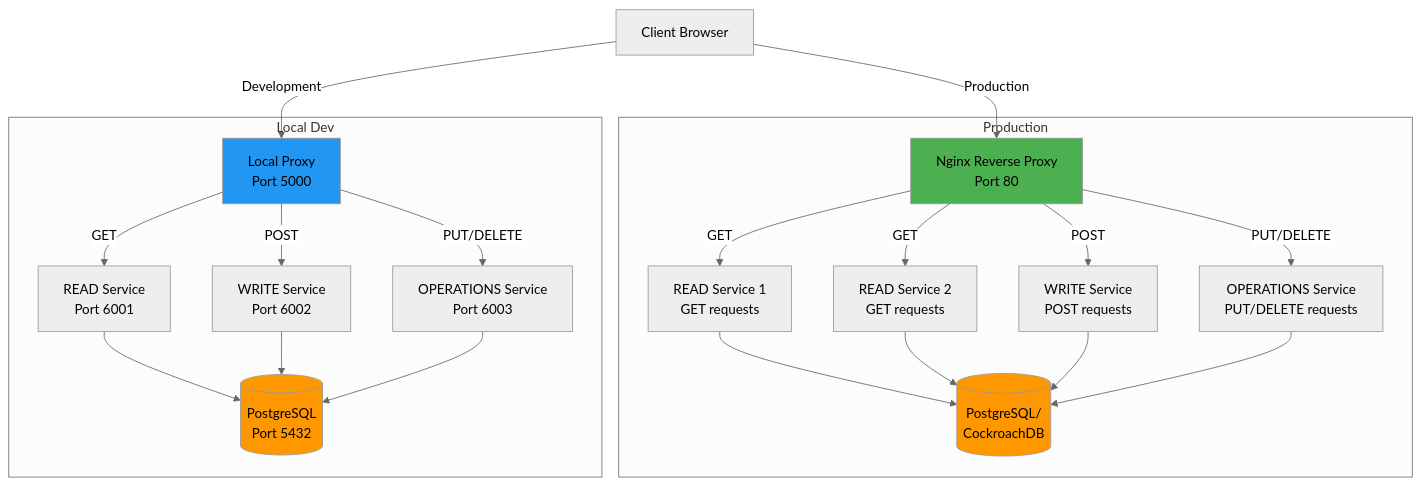
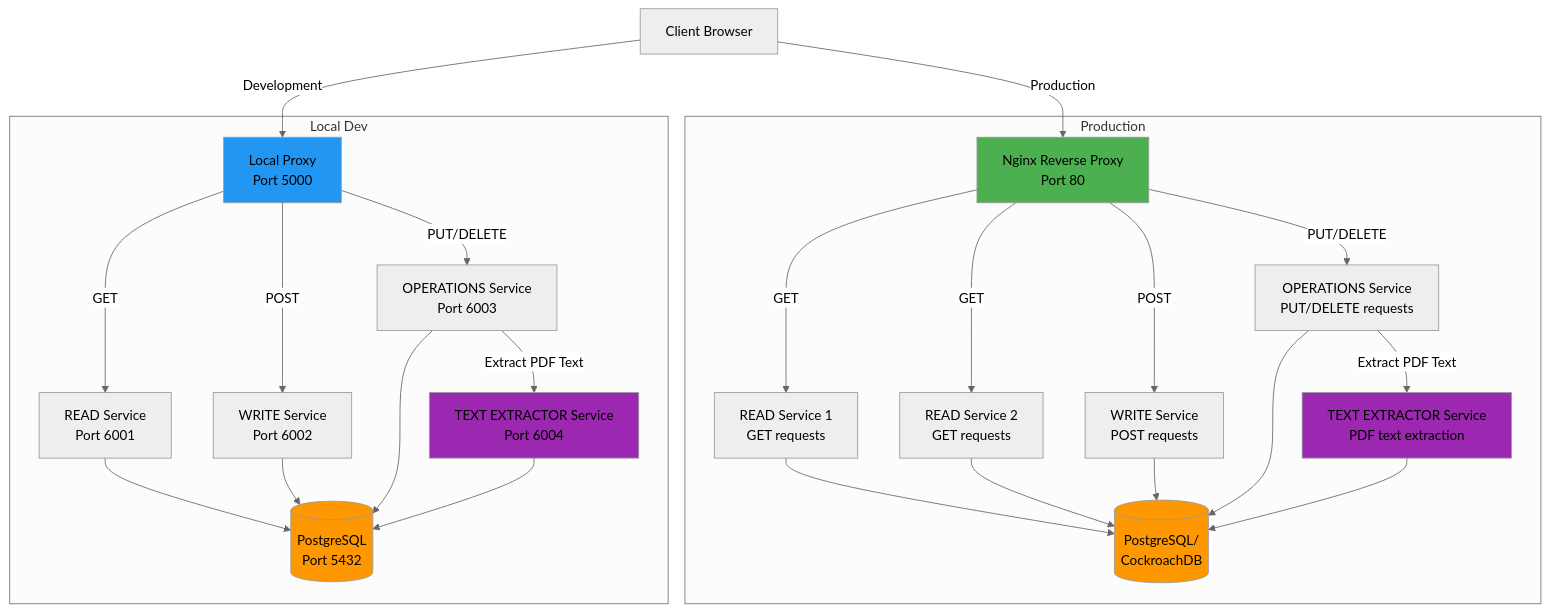
One commit to H4mid2019/synapse_stack changed the diagram in README.md. Above: the diagram before and after it, drawn with Mermaid (neutral theme). The commit also changed other lines of this file and 1 other file, not shown here.

First line of the commit message:
docs: add text extraction and search documentation

````diff
--- a/README.md
+++ b/README.md
@@ -189,47 +201,56 @@
 ```mermaid
 graph TB
     Client[Client Browser]
 
     subgraph Production
         Nginx[Nginx Reverse Proxy<br/>Port 80]
         Read1[READ Service 1<br/>GET requests]
         Read2[READ Service 2<br/>GET requests]
         Write[WRITE Service<br/>POST requests]
         Ops[OPERATIONS Service<br/>PUT/DELETE requests]
+        Extractor[TEXT EXTRACTOR Service<br/>PDF text extraction]
         DB[(PostgreSQL/<br/>CockroachDB)]
     end
 
     subgraph Local Dev
         Proxy[Local Proxy<br/>Port 5000]
         ReadDev[READ Service<br/>Port 6001]
         WriteDev[WRITE Service<br/>Port 6002]
         OpsDev[OPERATIONS Service<br/>Port 6003]
+        ExtractorDev[TEXT EXTRACTOR Service<br/>Port 6004]
         DBDev[(PostgreSQL<br/>Port 5432)]
     end
 
     Client -->|Production| Nginx
     Client -->|Development| Proxy
 
     Nginx -->|GET| Read1
     Nginx -->|GET| Read2
     Nginx -->|POST| Write
     Nginx -->|PUT/DELETE| Ops
 
     Proxy -->|GET| ReadDev
     Proxy -->|POST| WriteDev
     Proxy -->|PUT/DELETE| OpsDev
 
+    Ops -->|Extract PDF Text| Extractor
+    OpsDev -->|Extract PDF Text| ExtractorDev
+
     Read1 --> DB
     Read2 --> DB
     Write --> DB
     Ops --> DB
+    Extractor --> DB
 
     ReadDev --> DBDev
     WriteDev --> DBDev
     OpsDev --> DBDev
+    ExtractorDev --> DBDev
 
     style Nginx fill:#4CAF50
     style Proxy fill:#2196F3
     style DB fill:#FF9800
     style DBDev fill:#FF9800
+    style Extractor fill:#9C27B0
+    style ExtractorDev fill:#9C27B0
 ```
````
